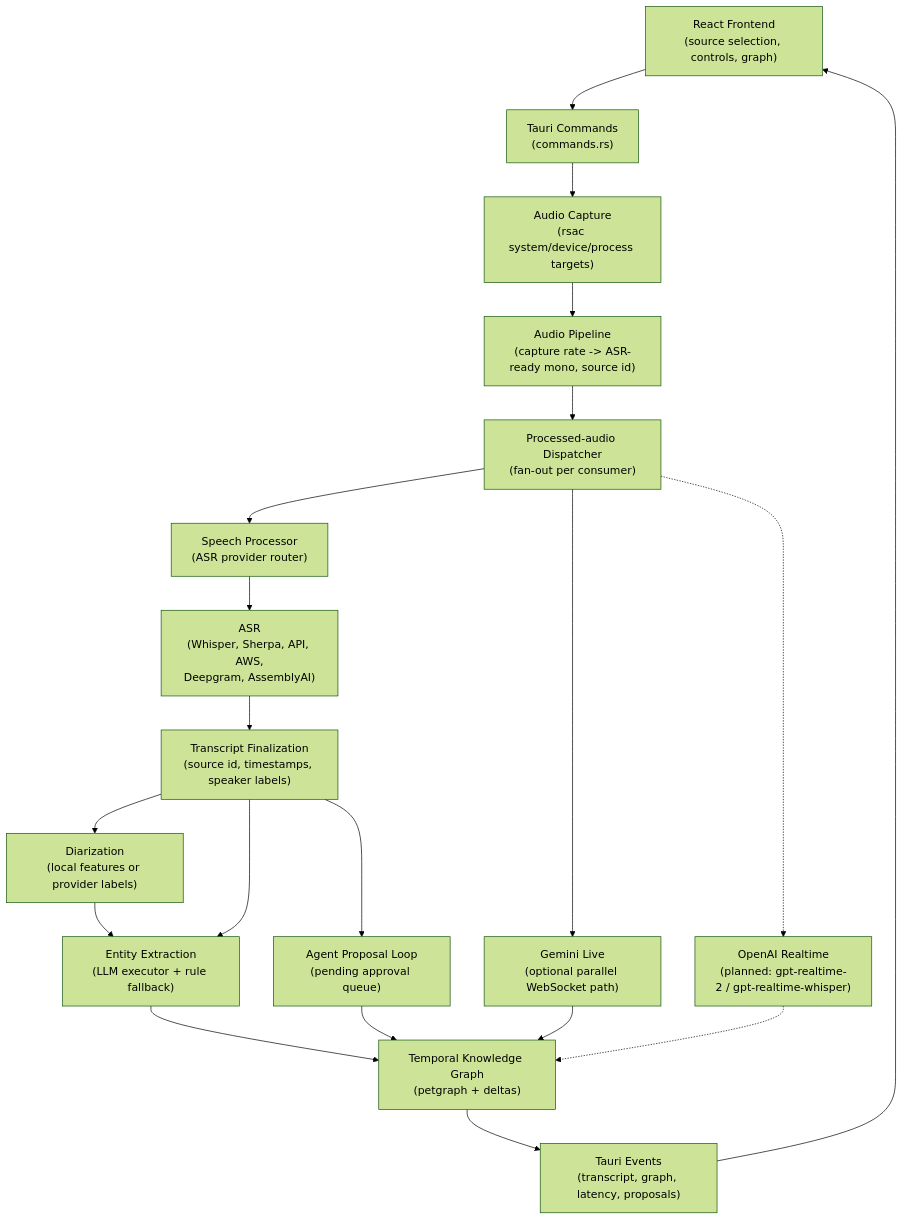
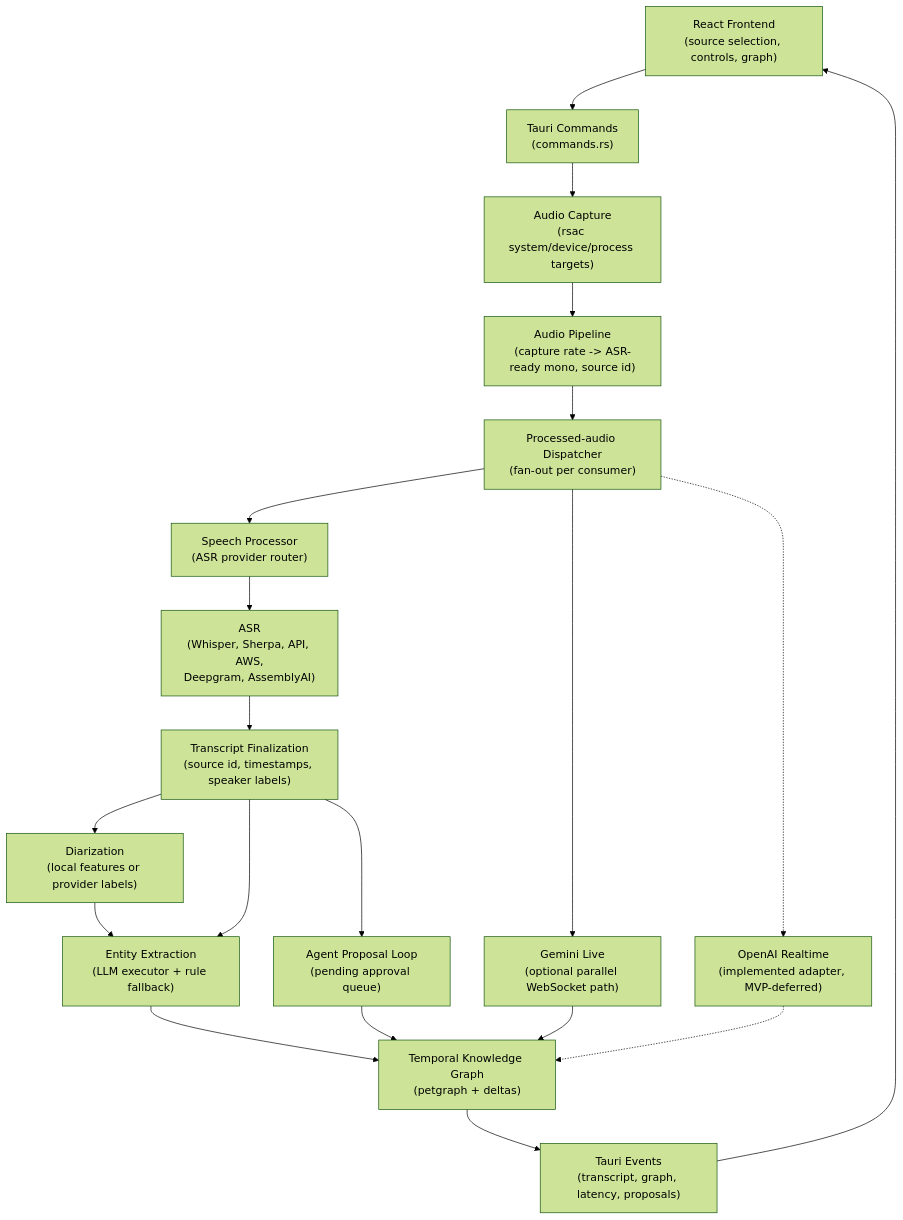
Before and after one commit to Codeseys-Labs/audio-graph: the second of 12 diagrams in docs/ARCHITECTURE.md, drawn with Mermaid (forest theme). The commit also changed other lines of this file and 101 other files, not shown here.

````diff
--- a/docs/ARCHITECTURE.md
+++ b/docs/ARCHITECTURE.md
@@ -225,25 +272,25 @@
 ```mermaid
 flowchart TD
     UI["React Frontend<br/>(source selection, controls, graph)"] --> CMD["Tauri Commands<br/>(commands.rs)"]
     CMD --> CAP["Audio Capture<br/>(rsac system/device/process targets)"]
     CAP --> PIPE["Audio Pipeline<br/>(capture rate -> ASR-ready mono, source id)"]
     PIPE --> BUS["Processed-audio Dispatcher<br/>(fan-out per consumer)"]
 
     BUS --> SPEECH["Speech Processor<br/>(ASR provider router)"]
     BUS --> GEMINI["Gemini Live<br/>(optional parallel WebSocket path)"]
-    BUS -.-> OAI_RT["OpenAI Realtime<br/>(planned: gpt-realtime-2 / gpt-realtime-whisper)"]
+    BUS -.-> OAI_RT["OpenAI Realtime<br/>(implemented adapter, MVP-deferred)"]
 
     SPEECH --> ASR["ASR<br/>(Whisper, Sherpa, API, AWS,<br/>Deepgram, AssemblyAI)"]
     ASR --> JOIN["Transcript Finalization<br/>(source id, timestamps, speaker labels)"]
     JOIN --> DIAR["Diarization<br/>(local features or provider labels)"]
     JOIN --> EXTRACT["Entity Extraction<br/>(LLM executor + rule fallback)"]
     JOIN --> AGENT["Agent Proposal Loop<br/>(pending approval queue)"]
     DIAR --> EXTRACT
     EXTRACT --> GRAPH["Temporal Knowledge Graph<br/>(petgraph + deltas)"]
     GEMINI --> GRAPH
     OAI_RT -.-> GRAPH
     AGENT --> GRAPH
 
     GRAPH --> EVENTS["Tauri Events<br/>(transcript, graph, latency, proposals)"]
     EVENTS --> UI
 ```
````
